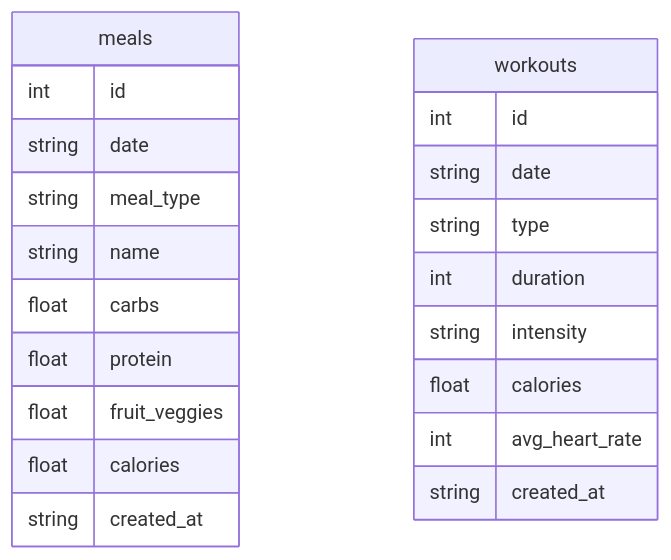
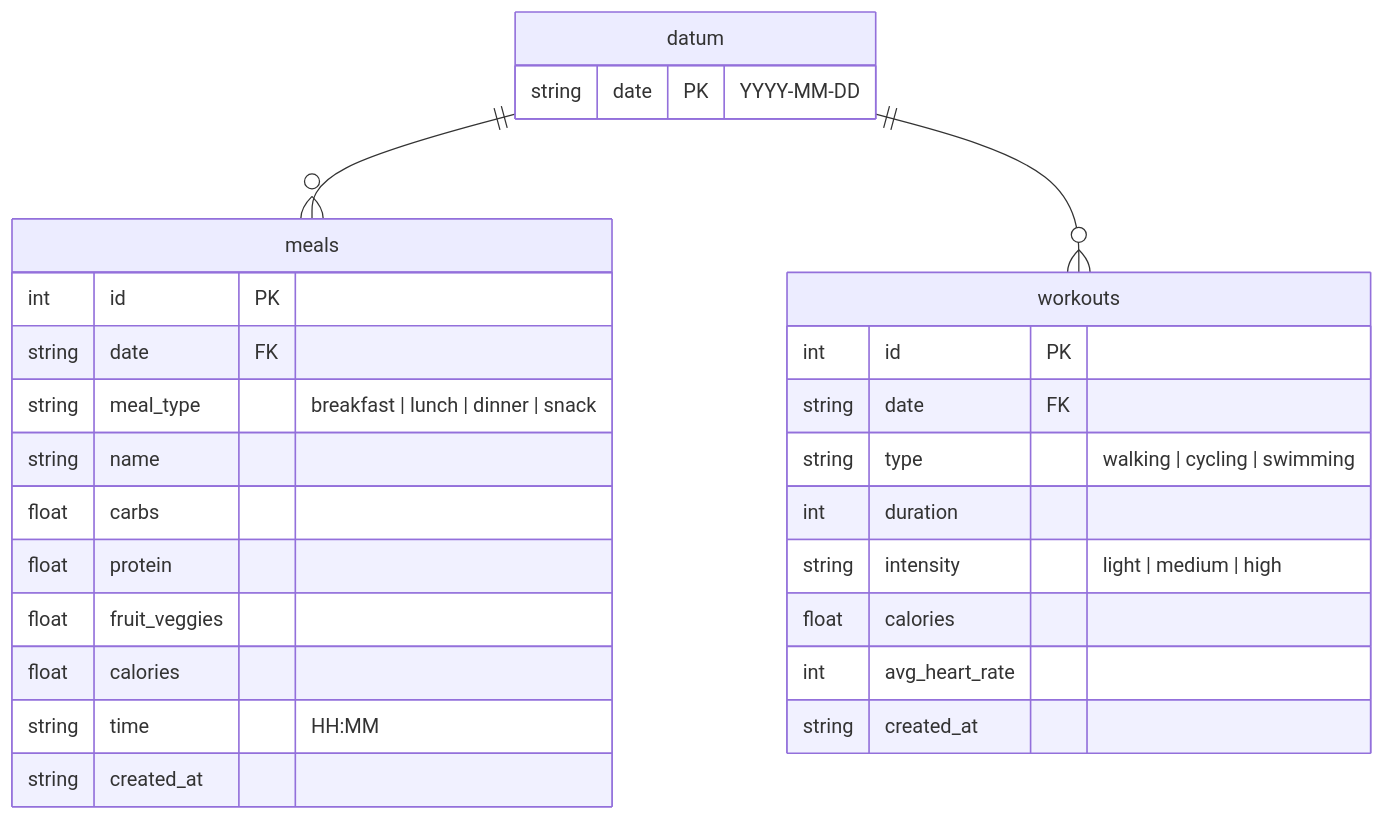
The third of 3 diagrams in README.md (zok42/vita-track), drawn with Mermaid before and after one commit. The commit also changed other lines of this file and 12 other files, not shown here.

````diff
--- a/README.md
+++ b/README.md
@@ -221,24 +232,31 @@
 ```mermaid
 erDiagram
+    datum ||--o{ meals : ""
+    datum ||--o{ workouts : ""
+
+    datum {
+        string date PK "YYYY-MM-DD"
+    }
     meals {
-        int id
-        string date
-        string meal_type
+        int id PK
+        string date FK
+        string meal_type "breakfast | lunch | dinner | snack"
         string name
         float carbs
         float protein
         float fruit_veggies
         float calories
+        string time "HH:MM"
         string created_at
     }
     workouts {
-        int id
-        string date
-        string type
+        int id PK
+        string date FK
+        string type "walking | cycling | swimming"
         int duration
-        string intensity
+        string intensity "light | medium | high"
         float calories
         int avg_heart_rate
         string created_at
     }
 ```
````
